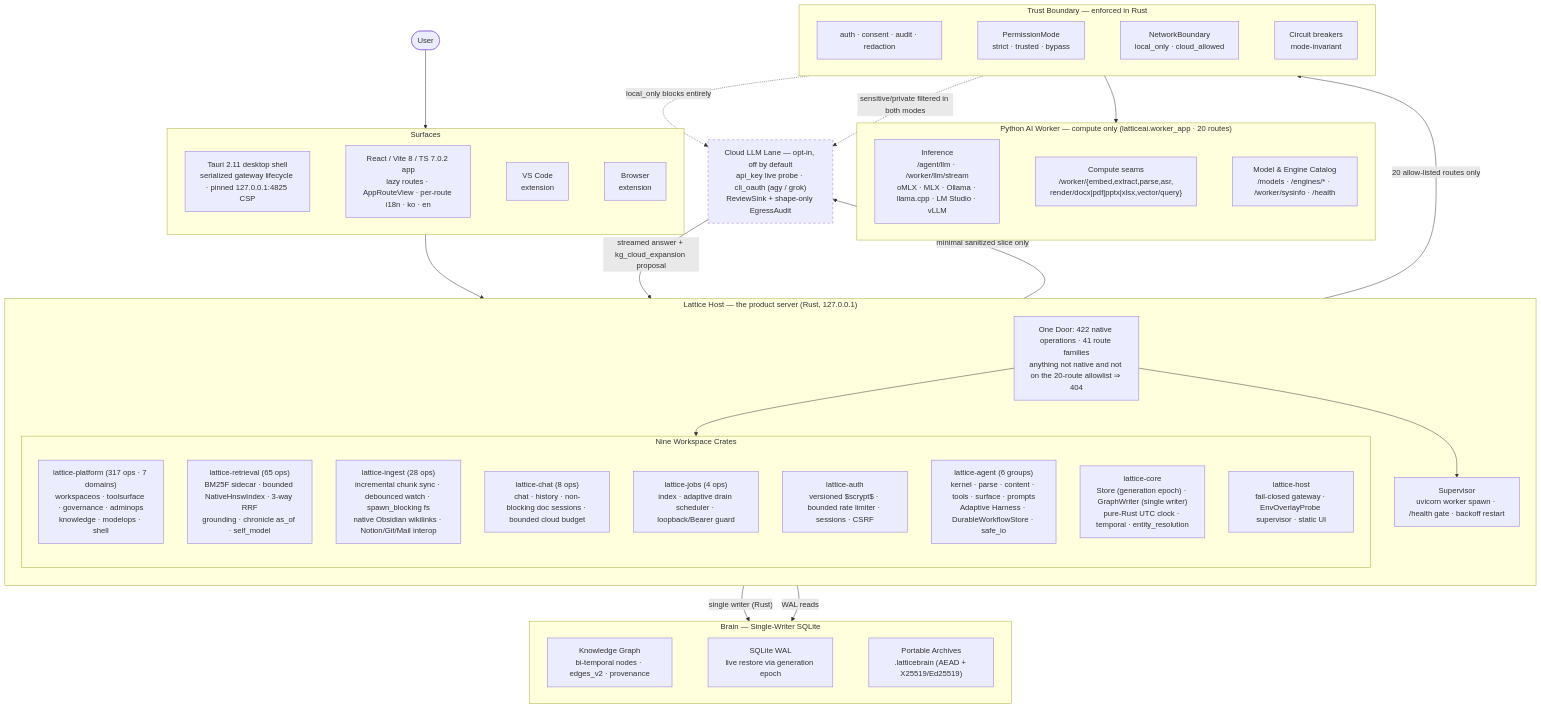
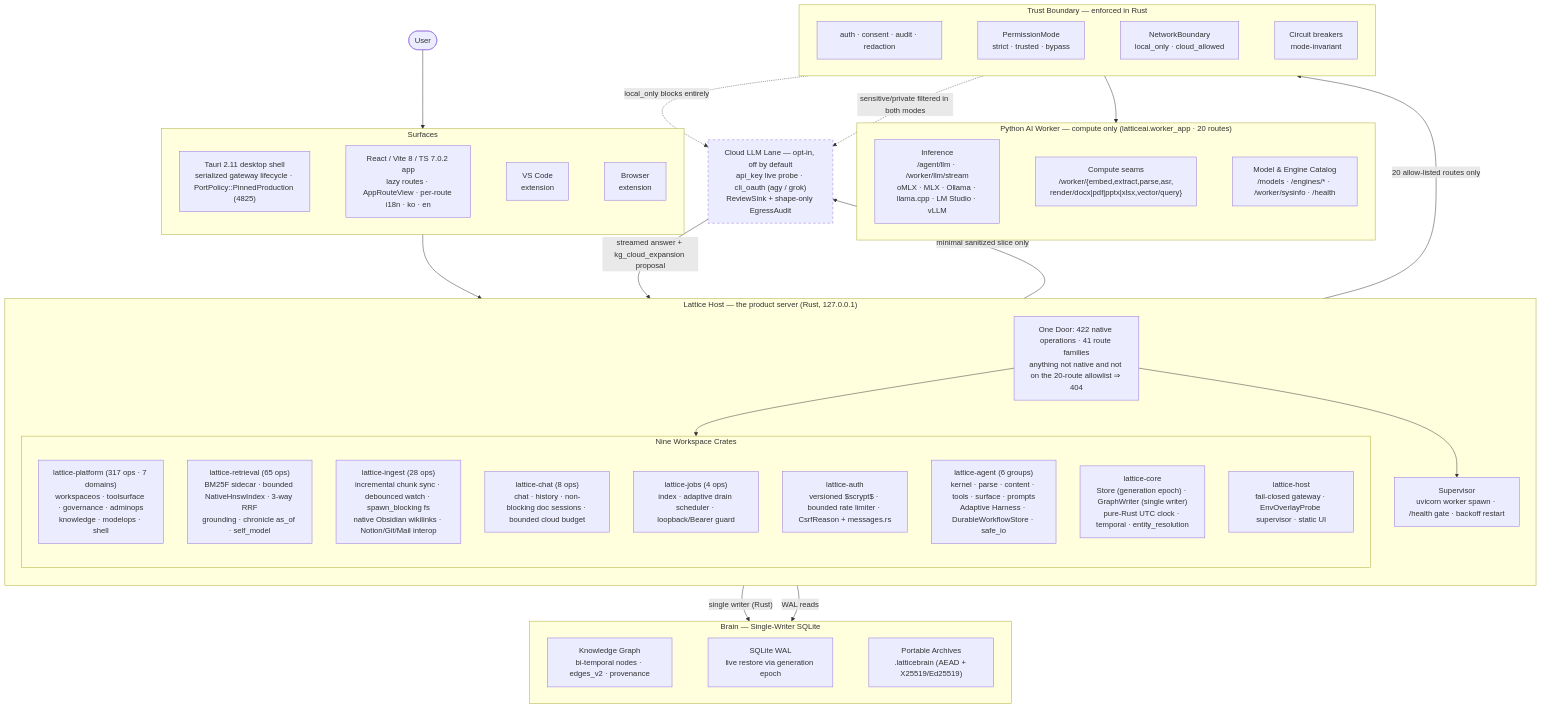
The first of 2 diagrams in ARCHITECTURE.md (TaeSooPark-PTS/LatticeAI), drawn with Mermaid before and after one commit. The commit also changed other lines of this file and 336 other files, not shown here.

````diff
--- a/ARCHITECTURE.md
+++ b/ARCHITECTURE.md
@@ -18,73 +18,73 @@
 ```mermaid
 flowchart TB
   user(["User"])
 
   subgraph surfaces["Surfaces"]
     direction LR
     ui["React / Vite 8 / TS 7.0.2 app<br/>lazy routes · AppRouteView · per-route i18n · ko · en"]
-    desktop["Tauri 2.11 desktop shell<br/>serialized gateway lifecycle · pinned 127.0.0.1:4825 CSP"]
+    desktop["Tauri 2.11 desktop shell<br/>serialized gateway lifecycle · PortPolicy::PinnedProduction (4825)"]
     editor["VS Code<br/>extension"]
     browser["Browser<br/>extension"]
     desktop ~~~ ui ~~~ editor ~~~ browser
   end
 
   subgraph host["Lattice Host — the product server (Rust, 127.0.0.1)"]
     direction TB
     door["One Door: 422 native operations · 41 route families<br/>anything not native and not on the 20-route allowlist ⇒ 404"]
     subgraph crates["Nine Workspace Crates"]
       direction TB
       plat["lattice-platform (317 ops · 7 domains)<br/>workspaceos · toolsurface · governance · adminops<br/>knowledge · modelops · shell"]
       retr["lattice-retrieval (65 ops)<br/>BM25F sidecar · bounded NativeHnswIndex · 3-way RRF<br/>grounding · chronicle as_of · self_model"]
       ingestc["lattice-ingest (28 ops)<br/>incremental chunk sync · debounced watch · spawn_blocking fs<br/>native Obsidian wikilinks · Notion/Git/Mail interop"]
       chatc["lattice-chat (8 ops)<br/>chat · history · non-blocking doc sessions · bounded cloud budget"]
       jobsc["lattice-jobs (4 ops)<br/>index · adaptive drain scheduler · loopback/Bearer guard"]
-      authc["lattice-auth<br/>versioned $scrypt$ · bounded rate limiter · sessions · CSRF"]
+      authc["lattice-auth<br/>versioned $scrypt$ · bounded rate limiter · CsrfReason + messages.rs"]
       agentc["lattice-agent (6 groups)<br/>kernel · parse · content · tools · surface · prompts<br/>Adaptive Harness · DurableWorkflowStore · safe_io"]
       corec["lattice-core<br/>Store (generation epoch) · GraphWriter (single writer)<br/>pure-Rust UTC clock · temporal · entity_resolution"]
       hostc["lattice-host<br/>fail-closed gateway · EnvOverlayProbe supervisor · static UI"]
     end
     supervisor["Supervisor<br/>uvicorn worker spawn · /health gate · backoff restart"]
     door --> crates
     door --> supervisor
   end
 
   subgraph gates["Trust Boundary — enforced in Rust"]
     direction LR
     trust["auth · consent · audit · redaction"]
     mode["PermissionMode<br/>strict · trusted · bypass"]
     net["NetworkBoundary<br/>local_only · cloud_allowed"]
     breakers["Circuit breakers<br/>mode-invariant"]
     trust ~~~ mode ~~~ net ~~~ breakers
   end
 
   subgraph worker["Python AI Worker — compute only (latticeai.worker_app · 20 routes)"]
     direction LR
     llm["Inference<br/>/agent/llm · /worker/llm/stream<br/>oMLX · MLX · Ollama · llama.cpp · LM Studio · vLLM"]
     compute["Compute seams<br/>/worker/{embed,extract,parse,asr,<br/>render/docx|pdf|pptx|xlsx,vector/query}"]
     catalog["Model & Engine Catalog<br/>/models · /engines/* · /worker/sysinfo · /health"]
     llm ~~~ compute ~~~ catalog
   end
 
   subgraph data["Brain — Single-Writer SQLite"]
     direction LR
     kg["Knowledge Graph<br/>bi-temporal nodes · edges_v2 · provenance"]
     store["SQLite WAL<br/>live restore via generation epoch"]
     archive["Portable Archives<br/>.latticebrain (AEAD + X25519/Ed25519)"]
     kg ~~~ store ~~~ archive
   end
 
   cloud["Cloud LLM Lane — opt-in, off by default<br/>api_key live probe · cli_oauth (agy / grok)<br/>ReviewSink + shape-only EgressAudit"]
 
   user --> surfaces
   surfaces --> host
   door -- "20 allow-listed routes only" --> gates
   gates --> worker
   corec -- "single writer (Rust)" --> data
   crates -- "WAL reads" --> data
   chatc -- "minimal sanitized slice only" --> cloud
   cloud -- "streamed answer + kg_cloud_expansion proposal" --> chatc
   net -. "local_only blocks entirely" .-> cloud
   breakers -. "sensitive/private filtered in both modes" .-> cloud
 
   style cloud stroke-dasharray: 5 5
 ```
````
